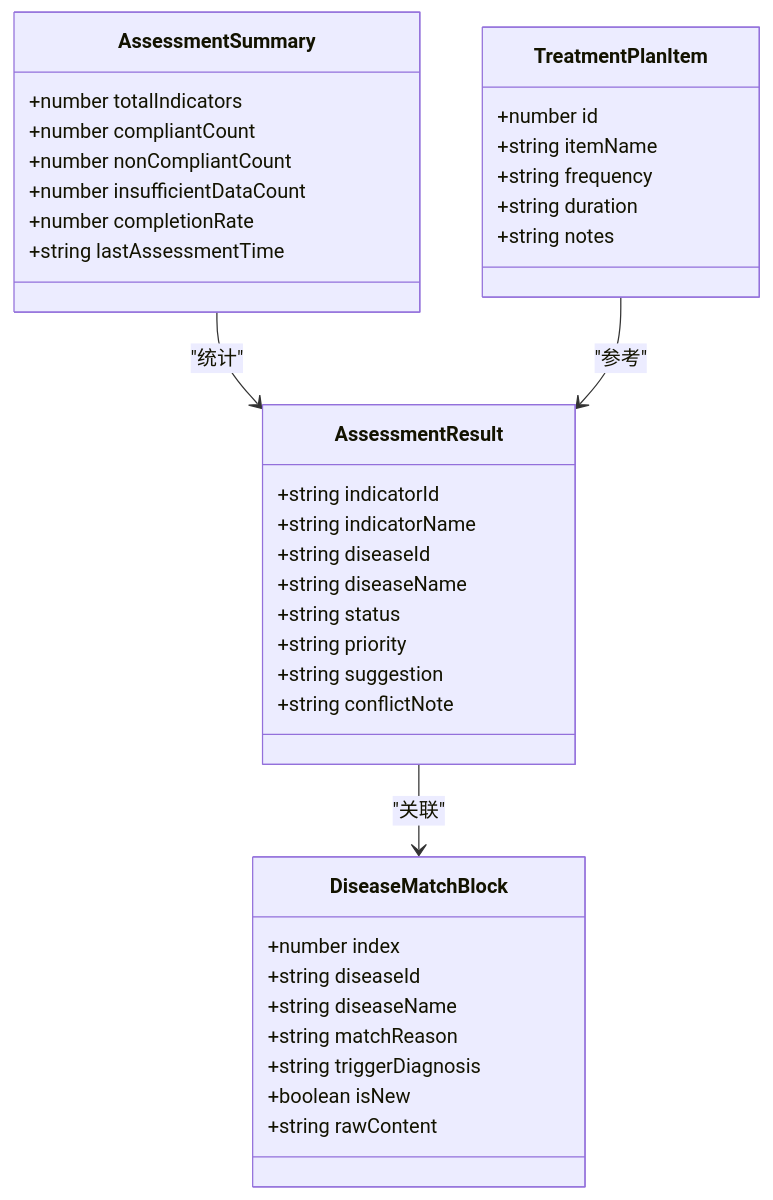
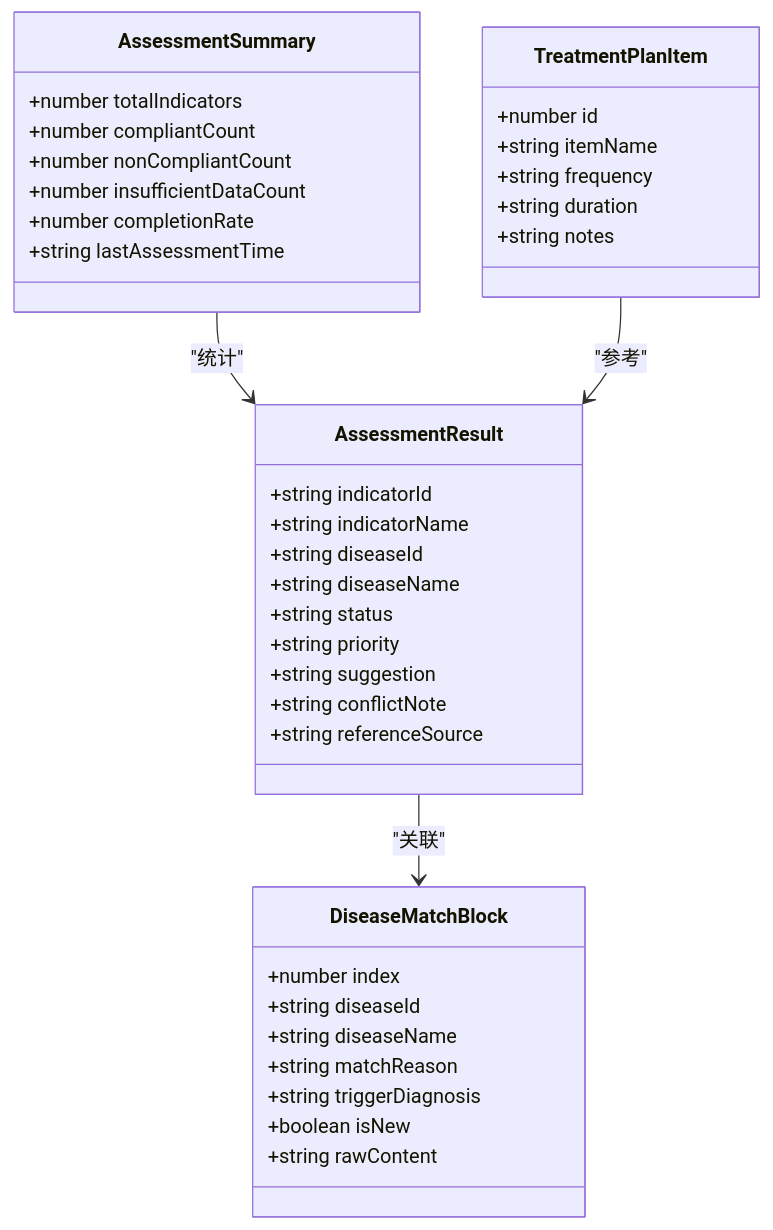
The fifth of 14 diagrams in .qoder/repowiki/zh/content/临床指引Tab.md (liuzh2008/med_ai_assistant_workspace), drawn with Mermaid before and after one commit. The commit also changed other lines of this file and 5 other files, not shown here.

````diff
--- a/.qoder/repowiki/zh/content/临床指引Tab.md
+++ b/.qoder/repowiki/zh/content/临床指引Tab.md
@@ -262,40 +325,41 @@
 ```mermaid
 classDiagram
 class AssessmentResult {
 +string indicatorId
 +string indicatorName
 +string diseaseId
 +string diseaseName
 +string status
 +string priority
 +string suggestion
 +string conflictNote
++string referenceSource
 }
 class AssessmentSummary {
 +number totalIndicators
 +number compliantCount
 +number nonCompliantCount
 +number insufficientDataCount
 +number completionRate
 +string lastAssessmentTime
 }
 class DiseaseMatchBlock {
 +number index
 +string diseaseId
 +string diseaseName
 +string matchReason
 +string triggerDiagnosis
 +boolean isNew
 +string rawContent
 }
 class TreatmentPlanItem {
 +number id
 +string itemName
 +string frequency
 +string duration
 +string notes
 }
 AssessmentResult --> DiseaseMatchBlock : "关联"
 AssessmentSummary --> AssessmentResult : "统计"
 TreatmentPlanItem --> AssessmentResult : "参考"
 ```
````
